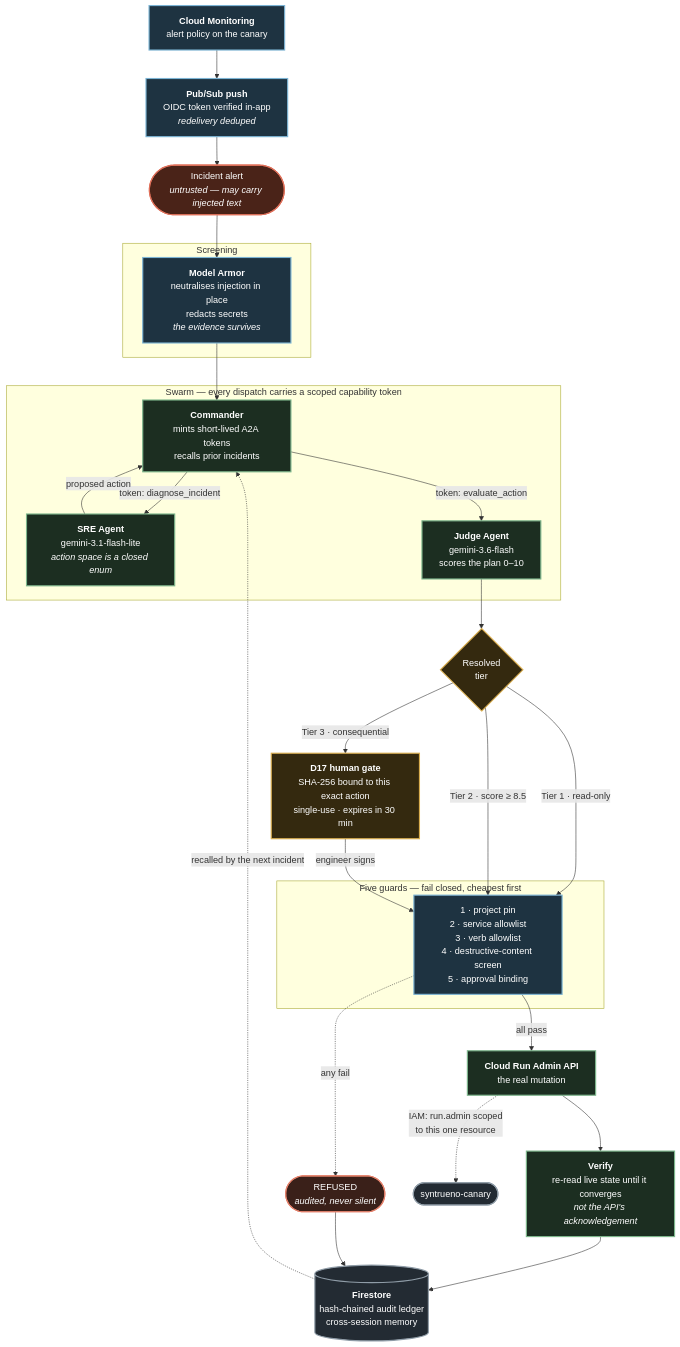
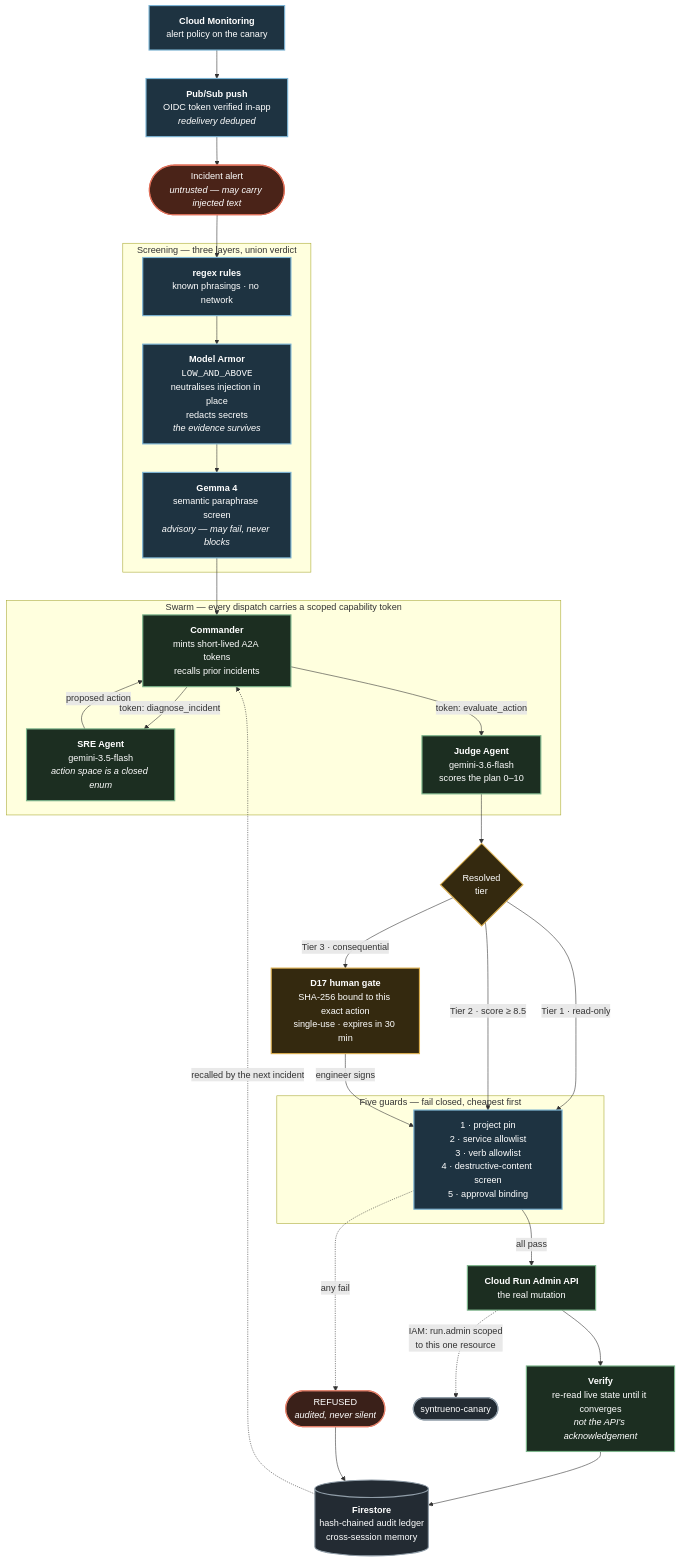
One commit to Shaan-alpha/syntrueno changed the diagram in README.md. Above: the diagram before and after it, drawn with Mermaid. The commit also changed other lines of this file and 9 other files, not shown here.

````diff
--- a/README.md
+++ b/README.md
@@ -39,67 +39,71 @@
 ```mermaid
 flowchart TD
     Mon["<b>Cloud Monitoring</b><br/>alert policy on the canary"]
     PS["<b>Pub/Sub push</b><br/>OIDC token verified in-app<br/><i>redelivery deduped</i>"]
     Alert(["Incident alert<br/><i>untrusted — may carry injected text</i>"])
 
-    subgraph SEC ["Screening"]
-        Armor["<b>Model Armor</b><br/>neutralises injection in place<br/>redacts secrets<br/><i>the evidence survives</i>"]
+    subgraph SEC ["Screening — three layers, union verdict"]
+        Regex["<b>regex rules</b><br/>known phrasings · no network"]
+        Armor["<b>Model Armor</b><br/><code>LOW_AND_ABOVE</code><br/>neutralises injection in place<br/>redacts secrets<br/><i>the evidence survives</i>"]
+        Gemma["<b>Gemma 4</b><br/>semantic paraphrase screen<br/><i>advisory — may fail, never blocks</i>"]
     end
 
     subgraph SWARM ["Swarm — every dispatch carries a scoped capability token"]
         Cmd["<b>Commander</b><br/>mints short-lived A2A tokens<br/>recalls prior incidents"]
-        SRE["<b>SRE Agent</b><br/>gemini-3.1-flash-lite<br/><i>action space is a closed enum</i>"]
+        SRE["<b>SRE Agent</b><br/>gemini-3.5-flash<br/><i>action space is a closed enum</i>"]
         Judge["<b>Judge Agent</b><br/>gemini-3.6-flash<br/>scores the plan 0–10"]
     end
 
     Tier{"Resolved<br/>tier"}
     Gate["<b>D17 human gate</b><br/>SHA-256 bound to this exact action<br/>single-use · expires in 30 min"]
 
     subgraph GUARD ["Five guards — fail closed, cheapest first"]
         Guards["1 · project pin<br/>2 · service allowlist<br/>3 · verb allowlist<br/>4 · destructive-content screen<br/>5 · approval binding"]
     end
 
     Apply["<b>Cloud Run Admin API</b><br/>the real mutation"]
     Verify["<b>Verify</b><br/>re-read live state until it converges<br/><i>not the API's acknowledgement</i>"]
     Refused(["REFUSED<br/><i>audited, never silent</i>"])
     FS[("<b>Firestore</b><br/>hash-chained audit ledger<br/>cross-session memory")]
     Canary(["syntrueno-canary"])
 
     Mon --> PS
     PS --> Alert
-    Alert --> Armor
-    Armor --> Cmd
+    Alert --> Regex
+    Regex --> Armor
+    Armor --> Gemma
+    Gemma --> Cmd
     Cmd -->|"token: diagnose_incident"| SRE
     SRE -->|"proposed action"| Cmd
     Cmd -->|"token: evaluate_action"| Judge
     Judge --> Tier
 
     Tier -->|"Tier 1 · read-only"| Guards
     Tier -->|"Tier 2 · score ≥ 8.5"| Guards
     Tier -->|"Tier 3 · consequential"| Gate
     Gate -->|"engineer signs"| Guards
 
     Guards -->|"all pass"| Apply
     Guards -.->|"any fail"| Refused
     Apply --> Verify
     Apply -.->|"IAM: run.admin scoped<br/>to this one resource"| Canary
 
     Verify --> FS
     Refused --> FS
     FS -.->|"recalled by the next incident"| Cmd
 
     classDef alert fill:#4a2318,stroke:#e0705a,stroke-width:2px,color:#ffffff
     classDef sec fill:#1e3341,stroke:#7cb4d4,stroke-width:2px,color:#ffffff
     classDef agent fill:#1c2e21,stroke:#7db68c,stroke-width:2px,color:#ffffff
     classDef gate fill:#34290f,stroke:#d9ad4e,stroke-width:2px,color:#ffffff
     classDef bad fill:#3a2019,stroke:#e4816b,stroke-width:2px,color:#ffffff
     classDef store fill:#232b33,stroke:#8f9ca7,stroke-width:2px,color:#ffffff
 
     class Alert alert
     class Mon,PS sec
-    class Armor,Guards sec
+    class Regex,Armor,Gemma,Guards sec
     class Cmd,SRE,Judge,Apply,Verify agent
     class Gate,Tier gate
     class Refused bad
     class FS,Canary store
 ```
````
